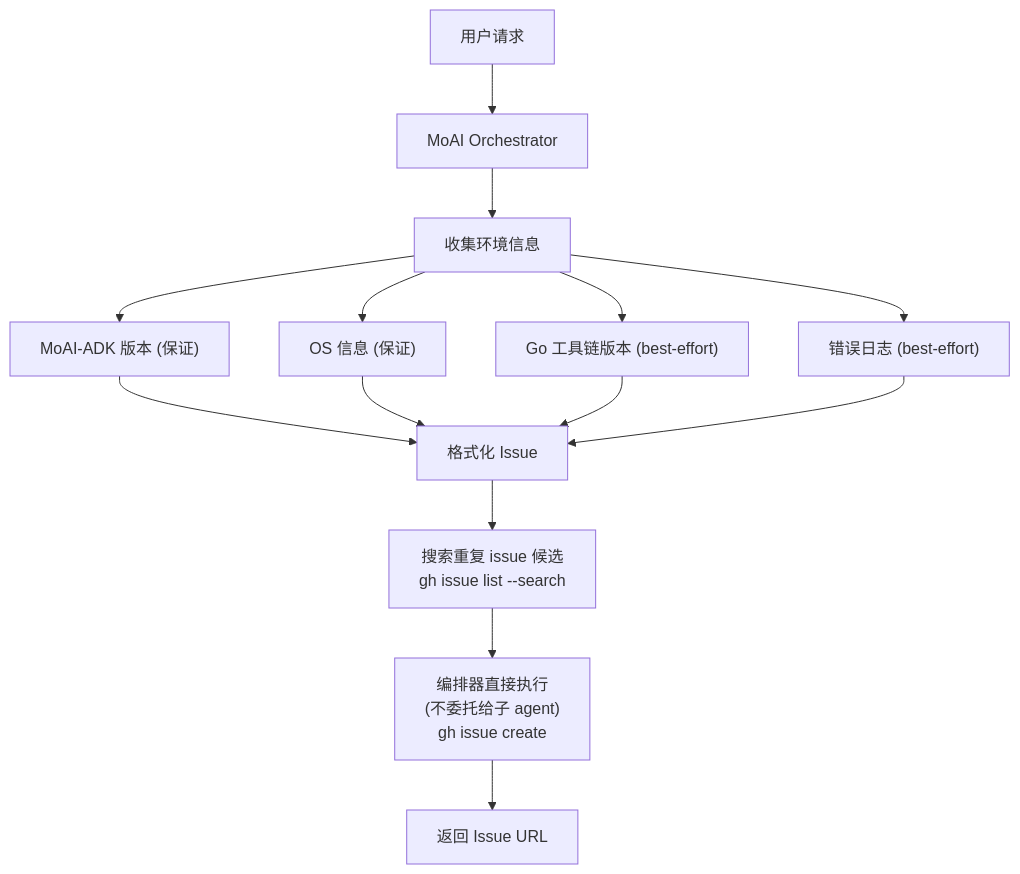
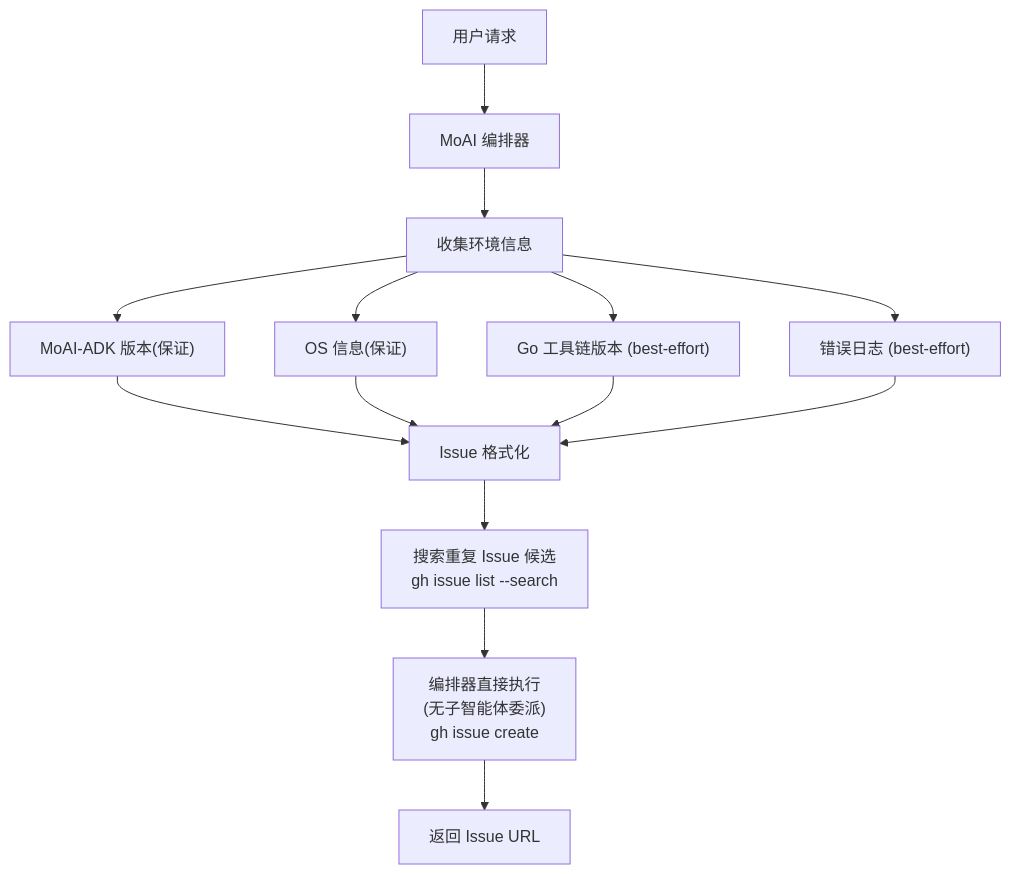
One commit to modu-ai/moai-adk changed the second of 2 diagrams in docs-site/content/zh/utility-commands/moai-feedback.md. Above: the diagram before and after it, drawn with Mermaid. The commit also changed other lines of this file and 395 other files, not shown here.

````diff
--- a/docs-site/content/zh/utility-commands/moai-feedback.md
+++ b/docs-site/content/zh/utility-commands/moai-feedback.md
@@ -152,19 +142,19 @@
 ```mermaid
 flowchart TD
-    User["用户请求"] --> Orchestrator["MoAI Orchestrator"]
+    User["用户请求"] --> Orchestrator["MoAI 编排器"]
     Orchestrator --> Collect["收集环境信息"]
 
-    Collect --> Info1["MoAI-ADK 版本 (保证)"]
-    Collect --> Info2["OS 信息 (保证)"]
+    Collect --> Info1["MoAI-ADK 版本(保证)"]
+    Collect --> Info2["OS 信息(保证)"]
     Collect --> Info3["Go 工具链版本 (best-effort)"]
     Collect --> Info4["错误日志 (best-effort)"]
 
-    Info1 --> Format["格式化 Issue"]
+    Info1 --> Format["Issue 格式化"]
     Info2 --> Format
     Info3 --> Format
     Info4 --> Format
 
-    Format --> Dup["搜索重复 issue 候选<br/>gh issue list --search"]
-    Dup --> GitHub["编排器直接执行<br/>(不委托给子 agent)<br/>gh issue create"]
+    Format --> Dup["搜索重复 Issue 候选<br/>gh issue list --search"]
+    Dup --> GitHub["编排器直接执行<br/>(无子智能体委派)<br/>gh issue create"]
     GitHub --> Complete["返回 Issue URL"]
 ```
````
